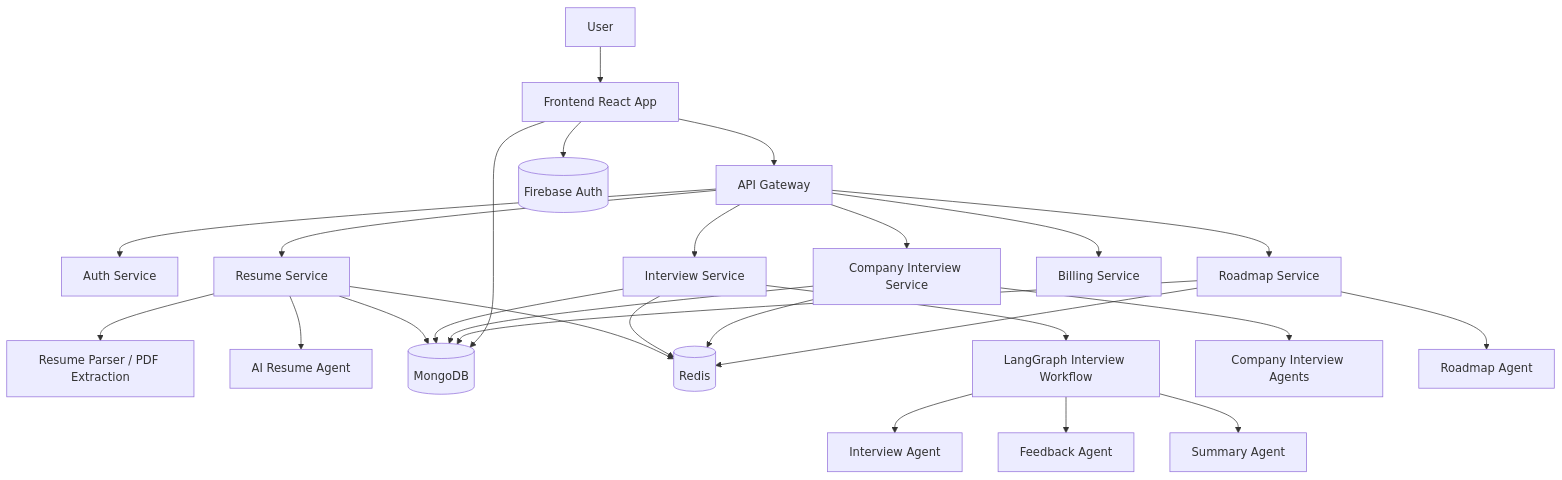
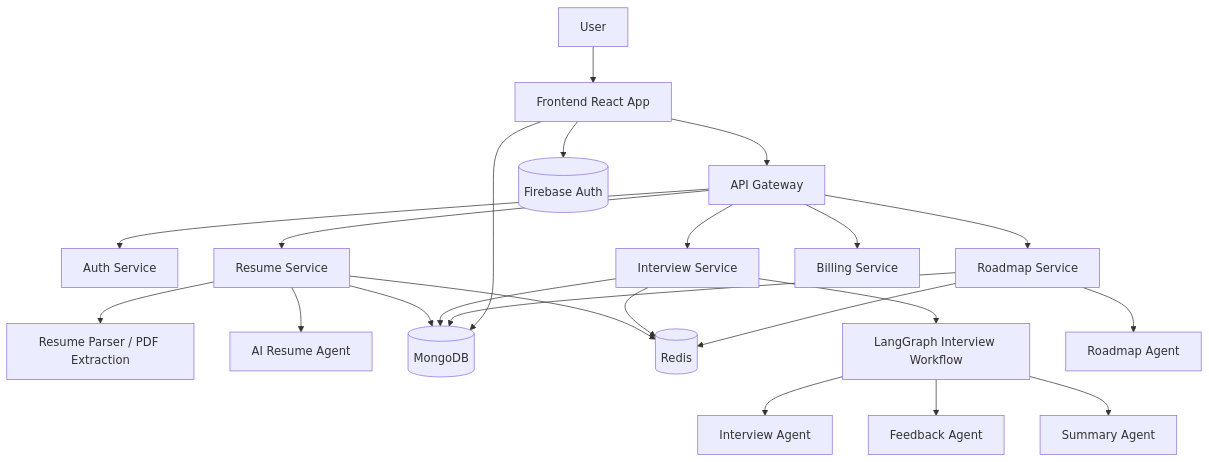
One commit to Tushar-Sharma-hub/PathGenie changed the first of 2 diagrams in README.md. Above: the diagram before and after it, drawn with Mermaid. The commit also changed other lines of this file and 18 other files, not shown here.

````diff
--- a/README.md
+++ b/README.md
@@ -131,34 +127,29 @@
 ```mermaid
 flowchart TD
     A[User] --> B[Frontend React App]
     B --> C[API Gateway]
     C --> D[Auth Service]
     C --> E[Resume Service]
     C --> F[Interview Service]
     C --> G[Roadmap Service]
-    C --> H[Company Interview Service]
-    C --> I[Billing Service]
+    C --> H[Billing Service]
 
     E --> J[Resume Parser / PDF Extraction]
     E --> K[AI Resume Agent]
     E --> L[(MongoDB)]
     E --> M[(Redis)]
 
     F --> N[LangGraph Interview Workflow]
     N --> O[Interview Agent]
     N --> P[Feedback Agent]
     N --> Q[Summary Agent]
     F --> L
     F --> M
 
-    H --> S[Company Interview Agents]
-    H --> L
-    H --> M
-
     G --> R[Roadmap Agent]
     G --> L
     G --> M
 
     B --> T[(Firebase Auth)]
     B --> L
 ```
````
